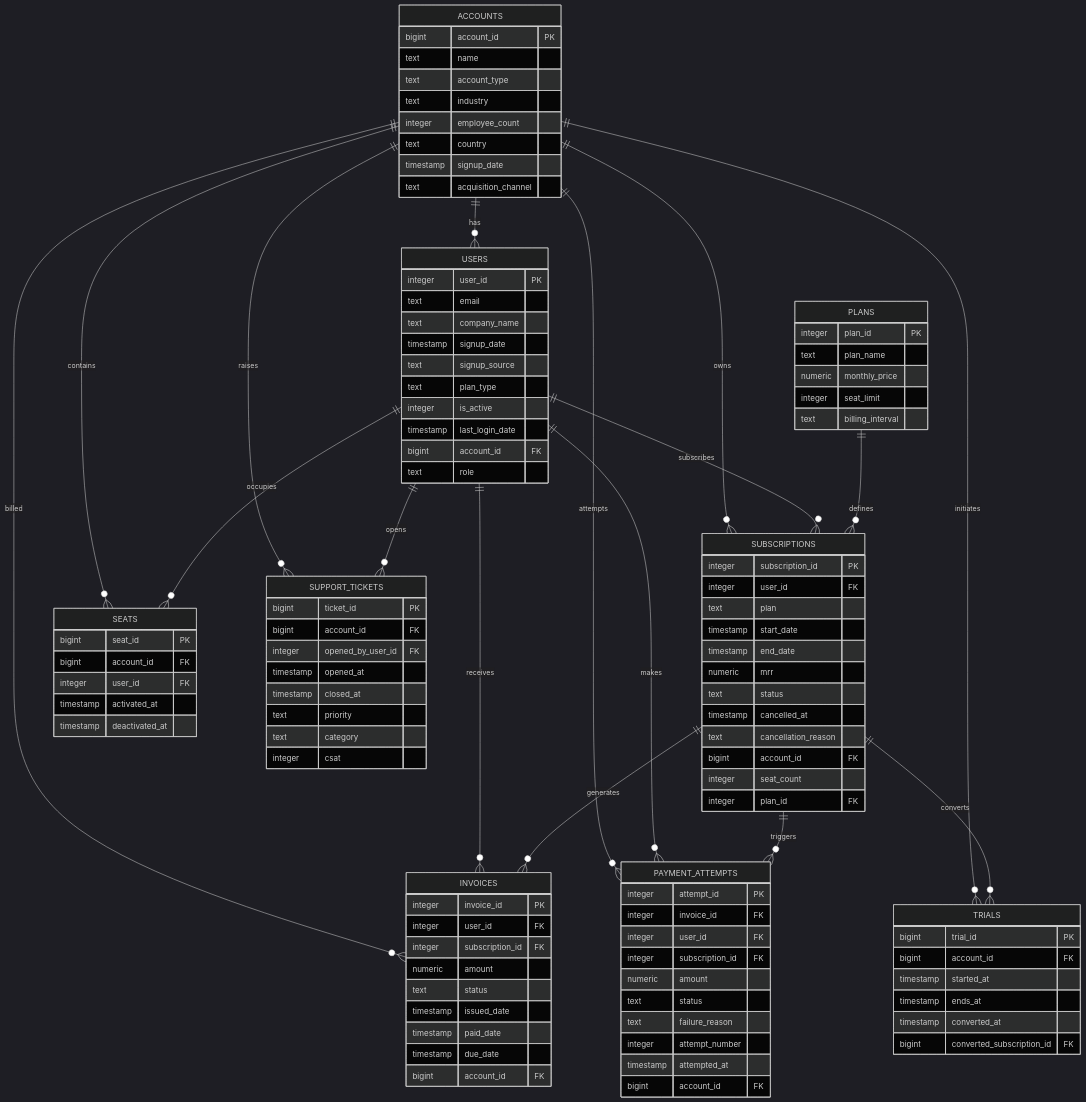
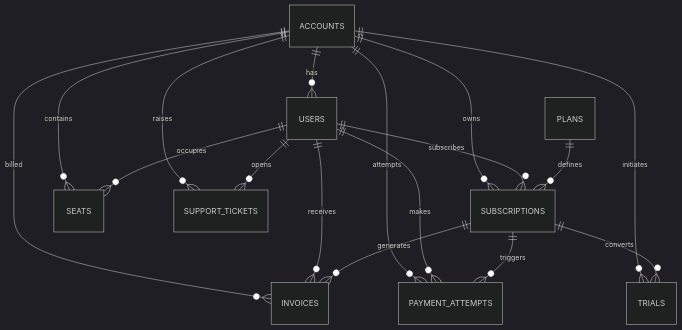
The diagram in notes/saas_schema.md (dikshaadsul27-wq/sql-product-analytics), drawn with Mermaid (dark theme) before and after one commit.

````diff
--- a/notes/saas_schema.md
+++ b/notes/saas_schema.md
@@ -120,105 +120,5 @@
 ```mermaid
 erDiagram
-    ACCOUNTS {
-        bigint account_id PK
-        text name
-        text account_type
-        text industry
-        integer employee_count
-        text country
-        timestamp signup_date
-        text acquisition_channel
-    }
-
-    USERS {
-        integer user_id PK
-        text email
-        text company_name
-        timestamp signup_date
-        text signup_source
-        text plan_type
-        integer is_active
-        timestamp last_login_date
-        bigint account_id FK
-        text role
-    }
-
-    SUBSCRIPTIONS {
-        integer subscription_id PK
-        integer user_id FK
-        text plan
-        timestamp start_date
-        timestamp end_date
-        numeric mrr
-        text status
-        timestamp cancelled_at
-        text cancellation_reason
-        bigint account_id FK
-        integer seat_count
-        integer plan_id FK
-    }
-
-    PLANS {
-        integer plan_id PK
-        text plan_name
-        numeric monthly_price
-        integer seat_limit
-        text billing_interval
-    }
-
-    INVOICES {
-        integer invoice_id PK
-        integer user_id FK
-        integer subscription_id FK
-        numeric amount
-        text status
-        timestamp issued_date
-        timestamp paid_date
-        timestamp due_date
-        bigint account_id FK
-    }
-
-    PAYMENT_ATTEMPTS {
-        integer attempt_id PK
-        integer invoice_id FK
-        integer user_id FK
-        integer subscription_id FK
-        numeric amount
-        text status
-        text failure_reason
-        integer attempt_number
-        timestamp attempted_at
-        bigint account_id FK
-    }
-
-    SEATS {
-        bigint seat_id PK
-        bigint account_id FK
-        integer user_id FK
-        timestamp activated_at
-        timestamp deactivated_at
-    }
-
-    SUPPORT_TICKETS {
-        bigint ticket_id PK
-        bigint account_id FK
-        integer opened_by_user_id FK
-        timestamp opened_at
-        timestamp closed_at
-        text priority
-        text category
-        integer csat
-    }
-
-    TRIALS {
-        bigint trial_id PK
-        bigint account_id FK
-        timestamp started_at
-        timestamp ends_at
-        timestamp converted_at
-        bigint converted_subscription_id FK
-    }
-
     ACCOUNTS ||--o{ USERS : "has"
     ACCOUNTS ||--o{ SUBSCRIPTIONS : "owns"
     ACCOUNTS ||--o{ INVOICES : "billed"
````
